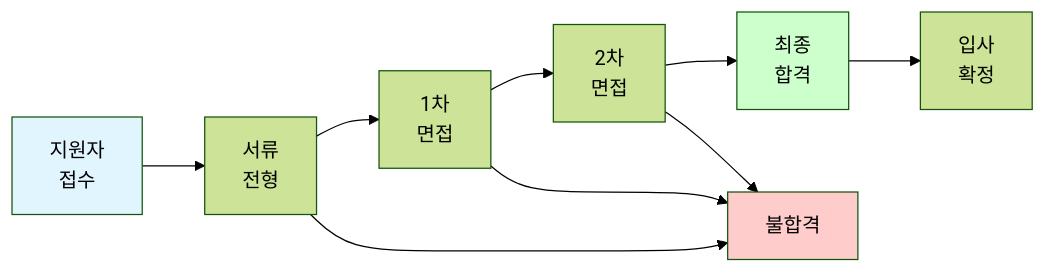
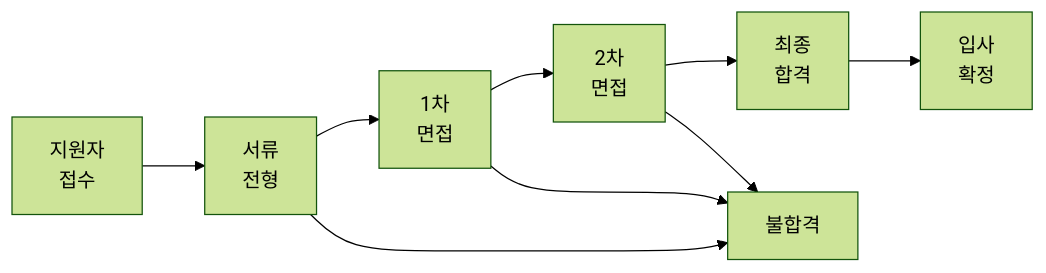
Before and after one commit to nugurejeil/weniVooks: the second of 8 diagrams in _md/genai-notion/chapter09/09-2.md, drawn with Mermaid (forest theme). The commit also changed other lines of this file and 187 other files, not shown here.

````diff
--- a/_md/genai-notion/chapter09/09-2.md
+++ b/_md/genai-notion/chapter09/09-2.md
@@ -60,16 +53,12 @@
 ```mermaid
 flowchart LR
     A[지원자<br/>접수] --> B[서류<br/>전형]
     B --> C[1차<br/>면접]
     C --> D[2차<br/>면접]
     D --> E[최종<br/>합격]
     E --> F[입사<br/>확정]
 
     B --> G[불합격]
     C --> G
     D --> G
-
-    style A fill:#e1f5ff
-    style E fill:#ccffcc
-    style G fill:#ffcccc
 ```
````
